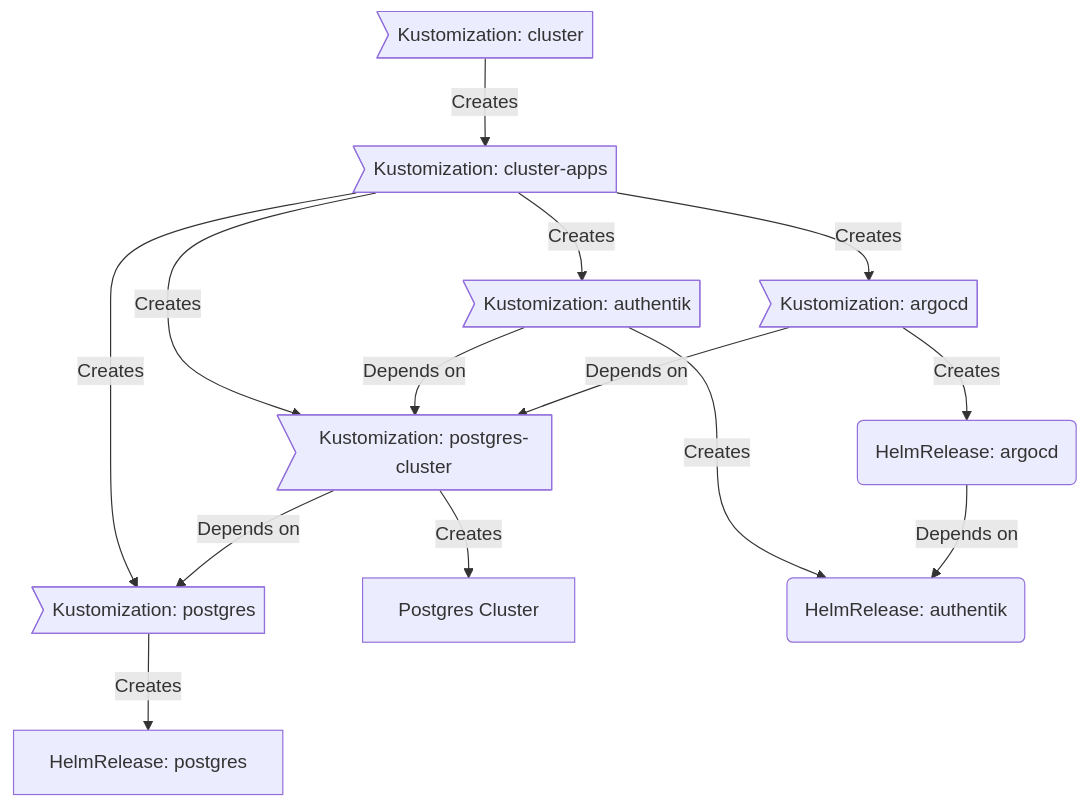
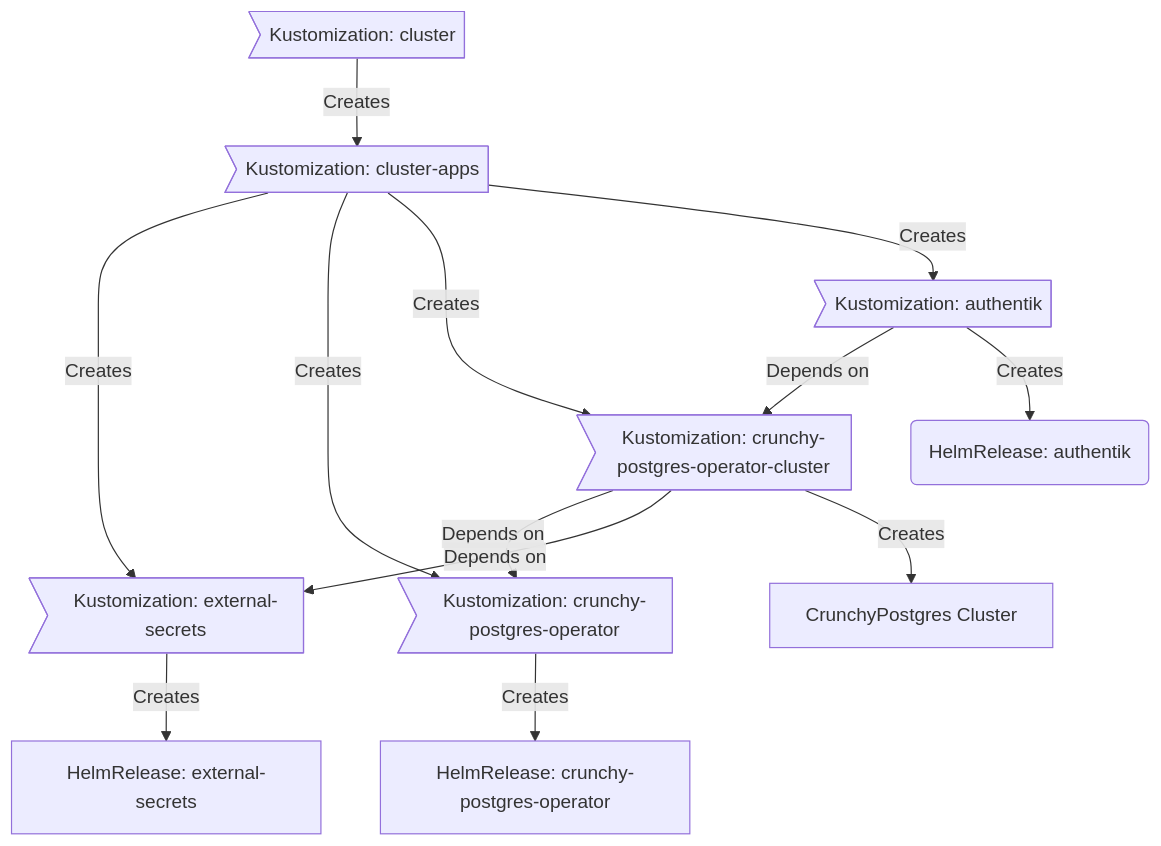
The diagram in README.md (ekenheim/home-ops-upgrade), drawn with Mermaid before and after one commit. The commit also changed other lines of this file, not shown here.

Commit message:
Update README.md to clarify Flux deployment ordering with real examples from the cluster. Revised the section to accurately reflect the dependencies between `external-secrets`, `crunchy-postgres-operator`, and `authentik`.

````diff
--- a/README.md
+++ b/README.md
@@ -102,16 +102,15 @@
 ```mermaid
 graph TD;
   id1>Kustomization: cluster] -->|Creates| id2>Kustomization: cluster-apps];
-  id2>Kustomization: cluster-apps] -->|Creates| id3>Kustomization: postgres];
-  id2>Kustomization: cluster-apps] -->|Creates| id6>Kustomization: authentik]
-  id2>Kustomization: cluster-apps] -->|Creates| id8>Kustomization: argocd]
-  id2>Kustomization: cluster-apps] -->|Creates| id5>Kustomization: postgres-cluster]
-  id3>Kustomization: postgres] -->|Creates| id4[HelmRelease: postgres];
-  id5>Kustomization: postgres-cluster] -->|Depends on| id3>Kustomization: postgres];
-  id5>Kustomization: postgres-cluster] -->|Creates| id10[Postgres Cluster];
-  id6>Kustomization: authentik] -->|Creates| id7(HelmRelease: authentik);
-  id6>Kustomization: authentik] -->|Depends on| id5>Kustomization: postgres-cluster];
-  id8>Kustomization: argocd] -->|Creates| id9(HelmRelease: argocd);
-  id8>Kustomization: argocd] -->|Depends on| id5>Kustomization: postgres-cluster];
-  id9(HelmRelease: argocd) -->|Depends on| id7(HelmRelease: authentik);
+  id2>Kustomization: cluster-apps] -->|Creates| id3>Kustomization: external-secrets];
+  id2>Kustomization: cluster-apps] -->|Creates| id4>Kustomization: crunchy-postgres-operator];
+  id2>Kustomization: cluster-apps] -->|Creates| id6>Kustomization: crunchy-postgres-operator-cluster];
+  id2>Kustomization: cluster-apps] -->|Creates| id8>Kustomization: authentik];
+  id3>Kustomization: external-secrets] -->|Creates| id5[HelmRelease: external-secrets];
+  id4>Kustomization: crunchy-postgres-operator] -->|Creates| id7[HelmRelease: crunchy-postgres-operator];
+  id6>Kustomization: crunchy-postgres-operator-cluster] -->|Depends on| id4>Kustomization: crunchy-postgres-operator];
+  id6>Kustomization: crunchy-postgres-operator-cluster] -->|Depends on| id3>Kustomization: external-secrets];
+  id6>Kustomization: crunchy-postgres-operator-cluster] -->|Creates| id9[CrunchyPostgres Cluster];
+  id8>Kustomization: authentik] -->|Depends on| id6>Kustomization: crunchy-postgres-operator-cluster];
+  id8>Kustomization: authentik] -->|Creates| id10(HelmRelease: authentik);
 ```
````
